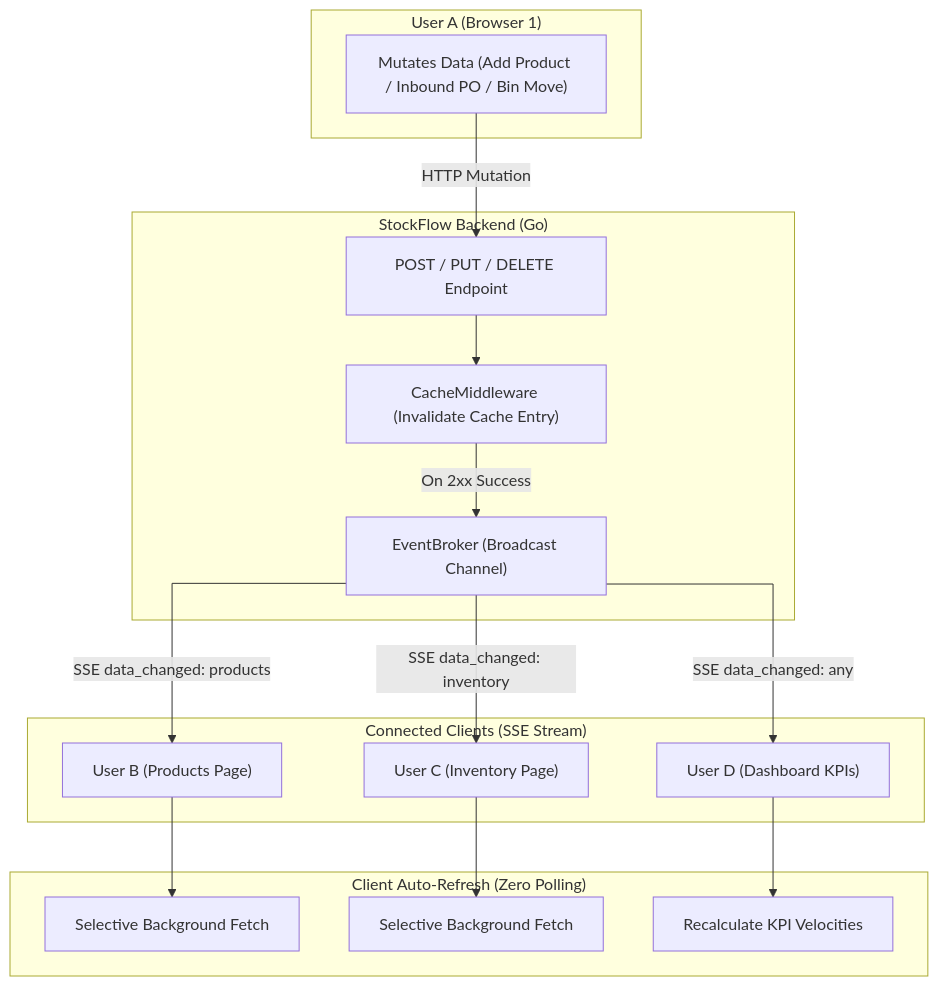
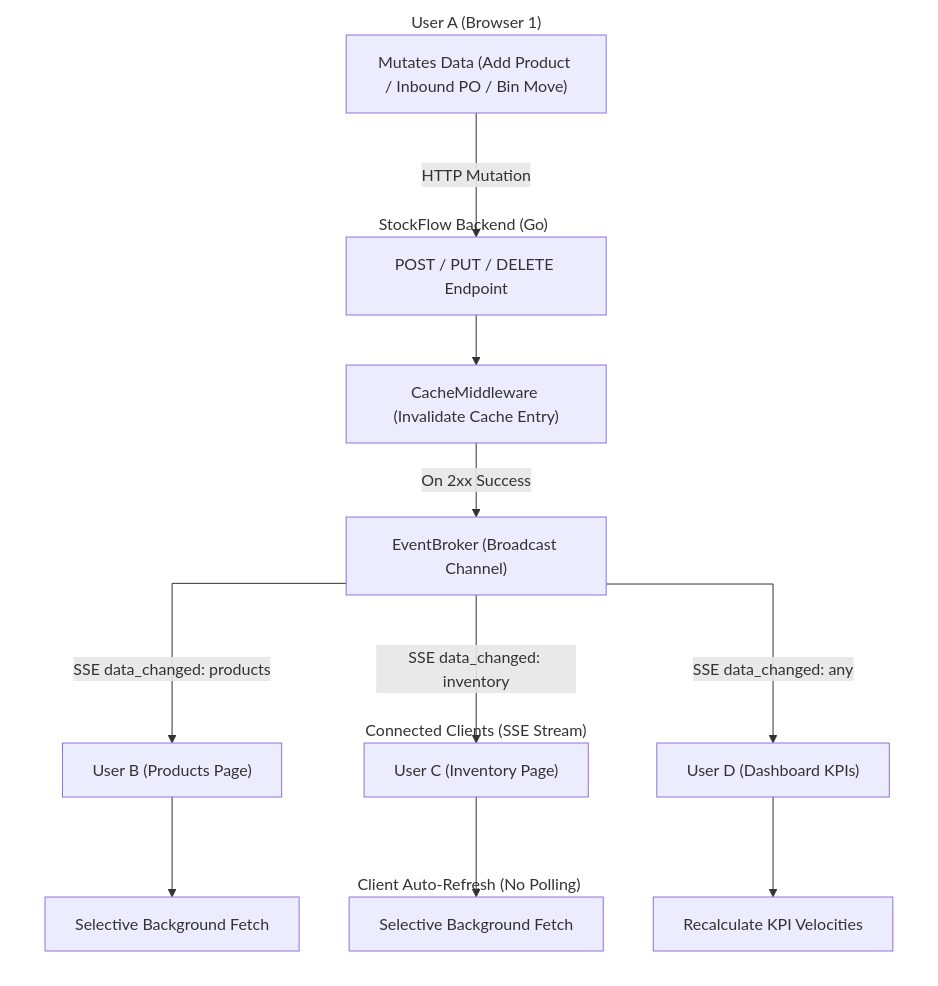
One commit to RPriago/stockFlow changed the third of 3 diagrams in README.md. Above: the diagram before and after it, drawn with Mermaid. The commit also changed other lines of this file, not shown here.

````diff
--- a/README.md
+++ b/README.md
@@ -166,35 +138,40 @@
 ```mermaid
 %%{init: {"flowchart": {"curve": "stepAfter"}}}%%
 flowchart TD
     subgraph UserA ["User A (Browser 1)"]
         ActionA["Mutates Data (Add Product / Inbound PO / Bin Move)"]
     end
 
     subgraph Backend ["StockFlow Backend (Go)"]
         API["POST / PUT / DELETE Endpoint"]
         CacheLayer["CacheMiddleware (Invalidate Cache Entry)"]
         Broker["EventBroker (Broadcast Channel)"]
         API --> CacheLayer
         CacheLayer -->|"On 2xx Success"| Broker
     end
 
     subgraph Clients ["Connected Clients (SSE Stream)"]
         ClientB["User B (Products Page)"]
         ClientC["User C (Inventory Page)"]
         ClientD["User D (Dashboard KPIs)"]
         Broker -->|"SSE data_changed: products"| ClientB
         Broker -->|"SSE data_changed: inventory"| ClientC
         Broker -->|"SSE data_changed: any"| ClientD
     end
 
-    subgraph ClientSync ["Client Auto-Refresh (Zero Polling)"]
+    subgraph ClientSync ["Client Auto-Refresh (No Polling)"]
         RefetchB["Selective Background Fetch"]
         RefetchC["Selective Background Fetch"]
         RefetchD["Recalculate KPI Velocities"]
         ClientB --> RefetchB
         ClientC --> RefetchC
         ClientD --> RefetchD
     end
 
     ActionA -->|"HTTP Mutation"| API
+
+    style UserA fill:none,stroke:none
+    style Backend fill:none,stroke:none
+    style Clients fill:none,stroke:none
+    style ClientSync fill:none,stroke:none
 ```
````
